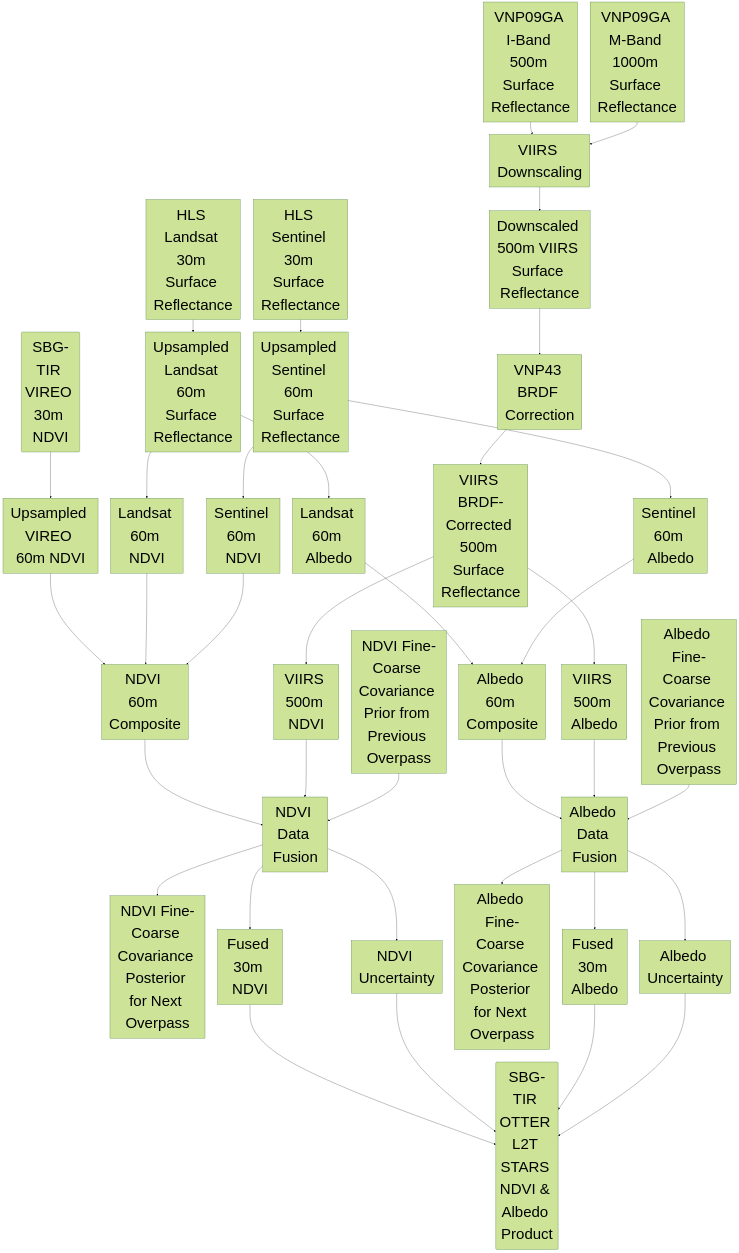
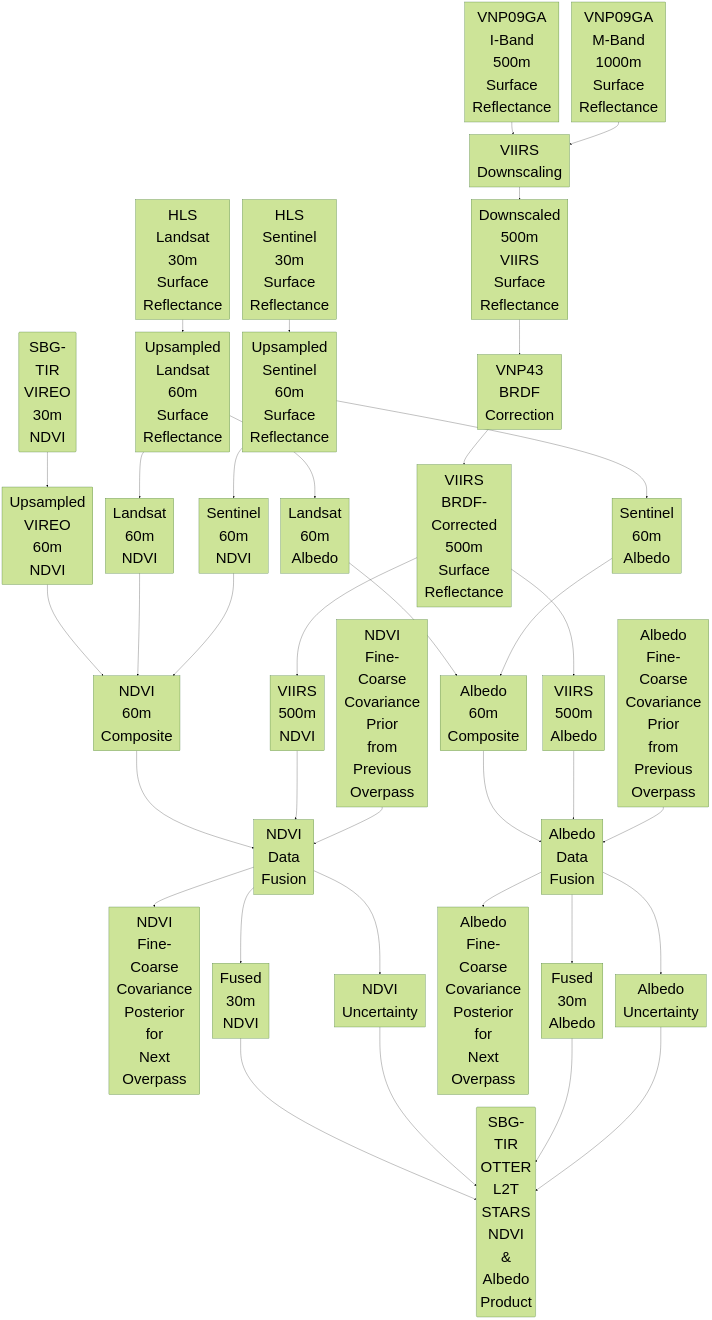
One commit to sbg-tir/SBG-TIR-L2-STARS changed the diagram in README.md. Above: the diagram before and after it, drawn with Mermaid (forest theme).

```diff
--- a/README.md
+++ b/README.md
@@ -58,41 +58,41 @@
 flowchart TB
     classDef bigFont font-size:60px;
 
-    VIREO_NDVI(SBG-TIR VIREO 30m NDVI)
-    VIREO_upsampled[Upsampled VIREO 60m NDVI]
+    VIREO_NDVI(SBG-TIR<br>VIREO<br>30m<br>NDVI)
+    VIREO_upsampled[Upsampled<br>VIREO<br>60m<br>NDVI]
 
-    VNP09GA_I[VNP09GA I-Band 500m Surface Reflectance]
-    VNP09GA_M[VNP09GA M-Band 1000m Surface Reflectance]
-    VIIRS_downscaling[VIIRS Downscaling]
-    VNP09GA_downscaled[Downscaled 500m VIIRS Surface Reflectance]
-    VNP43_BRDF[VNP43 BRDF Correction]
-    VIIRS_corrected[VIIRS BRDF-Corrected 500m Surface Reflectance]
-    VIIRS_NDVI[VIIRS 500m NDVI]
-    VIIRS_albedo[VIIRS 500m Albedo]
+    VNP09GA_I[VNP09GA<br>I-Band<br>500m<br>Surface<br>Reflectance]
+    VNP09GA_M[VNP09GA<br>M-Band<br>1000m<br>Surface<br>Reflectance]
+    VIIRS_downscaling[VIIRS<br>Downscaling]
+    VNP09GA_downscaled[Downscaled<br>500m<br>VIIRS<br>Surface<br>Reflectance]
+    VNP43_BRDF[VNP43<br>BRDF<br>Correction]
+    VIIRS_corrected[VIIRS<br>BRDF-Corrected<br>500m<br>Surface<br>Reflectance]
+    VIIRS_NDVI[VIIRS<br>500m<br>NDVI]
+    VIIRS_albedo[VIIRS<br>500m<br>Albedo]
 
-    Landsat_reflectance[HLS Landsat 30m Surface Reflectance]
-    Landsat_upsampled[Upsampled Landsat 60m Surface Reflectance]
-    Landsat_NDVI[Landsat 60m NDVI]
-    Sentinel_reflectance[HLS Sentinel 30m Surface Reflectance]
-    Sentinel_upsampled[Upsampled Sentinel 60m Surface Reflectance]
-    Sentinel_NDVI[Sentinel 60m NDVI]
-    fine_NDVI_input[NDVI 60m Composite]
-    NDVI_covariance_prior[NDVI Fine-Coarse Covariance Prior from Previous Overpass]
-    NDVI_covariance_posterior[NDVI Fine-Coarse Covariance Posterior for Next Overpass]
-    NDVI_data_fusion[NDVI Data Fusion]
-    fine_NDVI_output[Fused 30m NDVI]
-    fine_NDVI_uncertainty[NDVI Uncertainty]
+    Landsat_reflectance[HLS<br>Landsat<br>30m<br>Surface<br>Reflectance]
+    Landsat_upsampled[Upsampled<br>Landsat<br>60m<br>Surface<br>Reflectance]
+    Landsat_NDVI[Landsat<br>60m<br>NDVI]
+    Sentinel_reflectance[HLS<br>Sentinel<br>30m<br>Surface<br>Reflectance]
+    Sentinel_upsampled[Upsampled<br>Sentinel<br>60m<br>Surface<br>Reflectance]
+    Sentinel_NDVI[Sentinel<br>60m<br>NDVI]
+    fine_NDVI_input[NDVI<br>60m<br>Composite]
+    NDVI_covariance_prior[NDVI<br>Fine-Coarse<br>Covariance<br>Prior<br>from<br>Previous<br>Overpass]
+    NDVI_covariance_posterior[NDVI<br>Fine-Coarse<br>Covariance<br>Posterior<br>for<br>Next<br>Overpass]
+    NDVI_data_fusion[NDVI<br>Data<br>Fusion]
+    fine_NDVI_output[Fused<br>30m<br>NDVI]
+    fine_NDVI_uncertainty[NDVI<br>Uncertainty]
 
-    Landsat_albedo[Landsat 60m Albedo]
-    Sentinel_albedo[Sentinel 60m Albedo]
-    fine_albedo_input[Albedo 60m Composite]
-    albedo_covariance_prior[Albedo Fine-Coarse Covariance Prior from Previous Overpass]
-    albedo_covariance_posterior[Albedo Fine-Coarse Covariance Posterior for Next Overpass]
-    albedo_data_fusion[Albedo Data Fusion]
-    fine_albedo_output[Fused 30m Albedo]
-    fine_albedo_uncertainty[Albedo Uncertainty]
+    Landsat_albedo[Landsat<br>60m<br>Albedo]
+    Sentinel_albedo[Sentinel<br>60m<br>Albedo]
+    fine_albedo_input[Albedo<br>60m<br>Composite]
+    albedo_covariance_prior[Albedo<br>Fine-Coarse<br>Covariance<br>Prior<br>from<br>Previous<br>Overpass]
+    albedo_covariance_posterior[Albedo<br>Fine-Coarse<br>Covariance<br>Posterior<br>for<br>Next<br>Overpass]
+    albedo_data_fusion[Albedo<br>Data<br>Fusion]
+    fine_albedo_output[Fused<br>30m<br>Albedo]
+    fine_albedo_uncertainty[Albedo<br>Uncertainty]
 
-    SBG_L2T_STARS(SBG-TIR OTTER L2T STARS NDVI & Albedo Product)
+    SBG_L2T_STARS(SBG-TIR<br>OTTER<br>L2T<br>STARS<br>NDVI<br>&<br>Albedo<br>Product)
 
     VNP09GA_I --> VIIRS_downscaling
     VNP09GA_M --> VIIRS_downscaling
```
